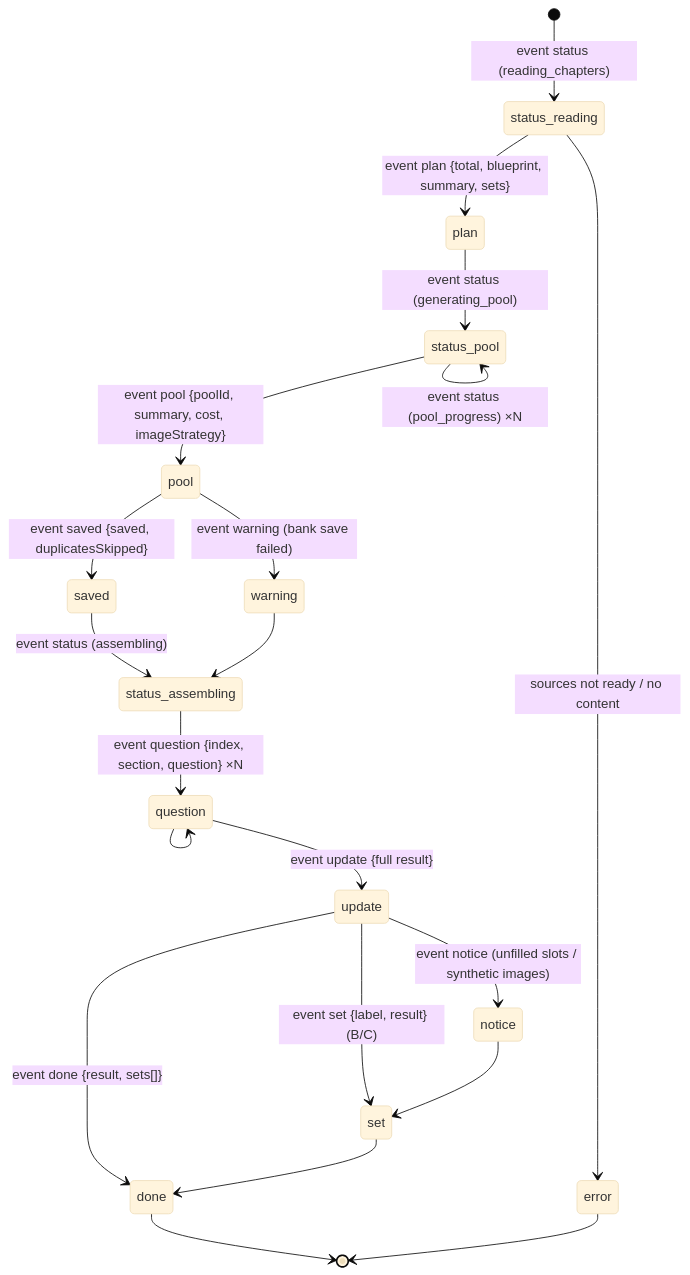
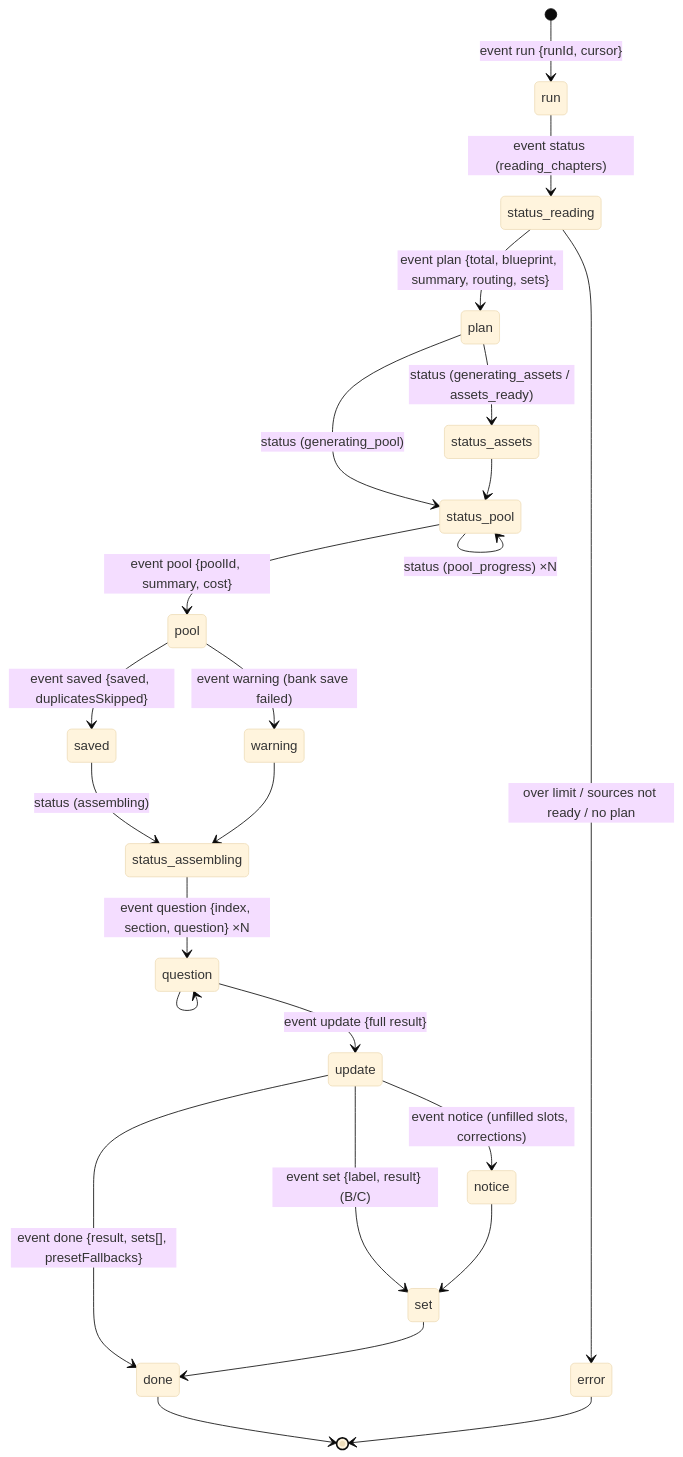
Diagram 13 of 16 in README.md (Paardhu22/qp-gen), drawn with Mermaid (base theme) before and after one commit. The commit also changed other lines of this file, not shown here.

````diff
--- a/README.md
+++ b/README.md
@@ -902,23 +1215,26 @@
 ```mermaid
 stateDiagram-v2
-    [*] --> status_reading: event status (reading_chapters)
-    status_reading --> error: sources not ready / no content
-    status_reading --> plan: event plan {total, blueprint, summary, sets}
-    plan --> status_pool: event status (generating_pool)
-    status_pool --> status_pool: event status (pool_progress) ×N
-    status_pool --> pool: event pool {poolId, summary, cost, imageStrategy}
+    [*] --> run: event run {runId, cursor}
+    run --> status_reading: event status (reading_chapters)
+    status_reading --> error: over limit / sources not ready / no plan
+    status_reading --> plan: event plan {total, blueprint, summary, routing, sets}
+    plan --> status_assets: status (generating_assets / assets_ready)
+    plan --> status_pool: status (generating_pool)
+    status_assets --> status_pool
+    status_pool --> status_pool: status (pool_progress) ×N
+    status_pool --> pool: event pool {poolId, summary, cost}
     pool --> saved: event saved {saved, duplicatesSkipped}
     pool --> warning: event warning (bank save failed)
-    saved --> status_assembling: event status (assembling)
+    saved --> status_assembling: status (assembling)
     warning --> status_assembling
     status_assembling --> question: event question {index, section, question} ×N
     question --> question
     question --> update: event update {full result}
-    update --> notice: event notice (unfilled slots / synthetic images)
+    update --> notice: event notice (unfilled slots, corrections)
     update --> set: event set {label, result} (B/C)
     notice --> set
-    update --> done: event done {result, sets[]}
+    update --> done: event done {result, sets[], presetFallbacks}
     set --> done
     done --> [*]
     error --> [*]
 ```
````
